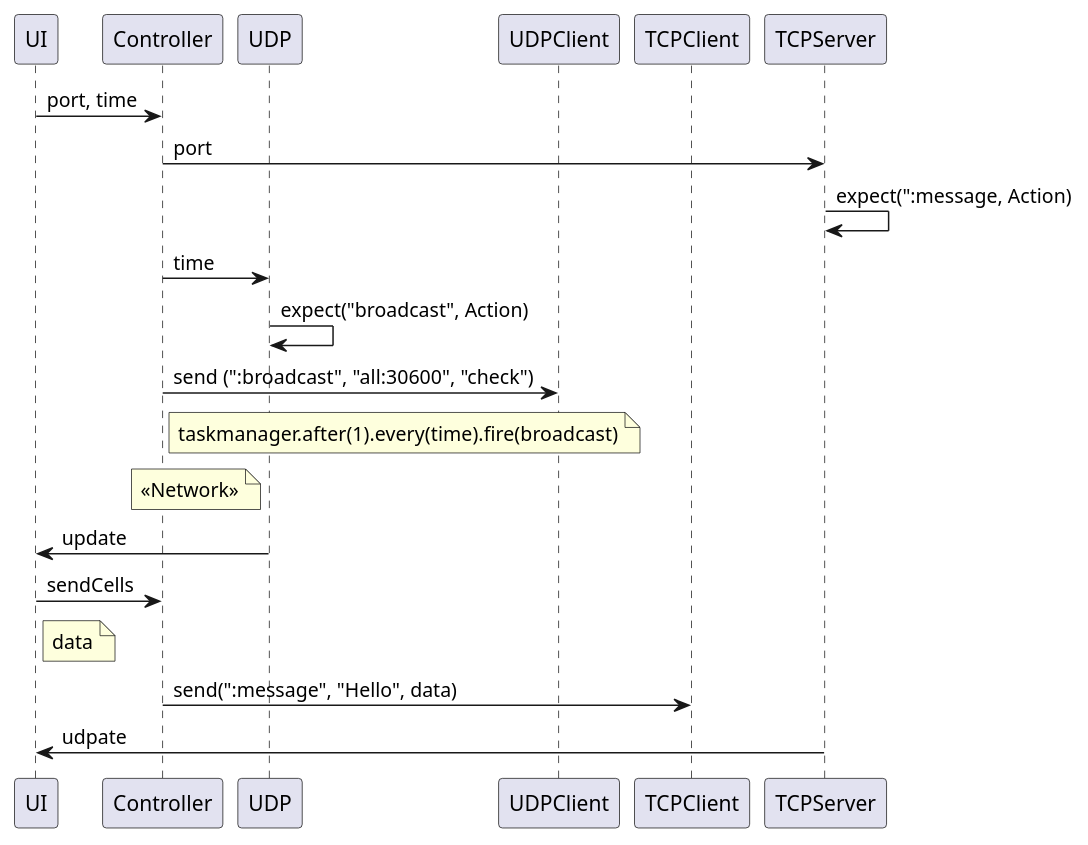
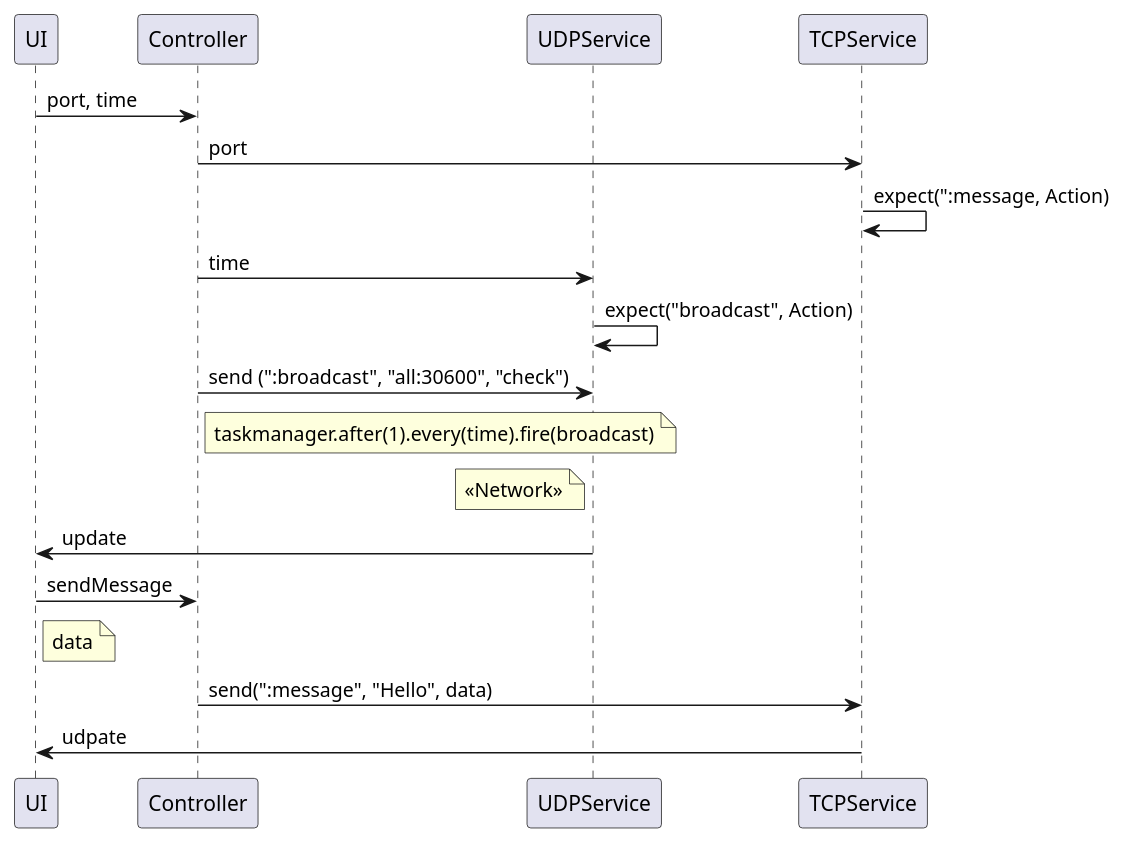
The diagram in src/main/java/csheets/worklog/n1140611/sprint2/ipc_chat_analysis.puml (RubenTeixeira/cleansheets_isep_2dg_2016), drawn with PlantUML before and after one commit.

Commit message:
LPFOURDG-128 #resolve #time 45m #comment Analysis description update on worklog uml diagrams

```diff
--- a/src/main/java/csheets/worklog/n1140611/sprint2/ipc_chat_analysis.puml
+++ b/src/main/java/csheets/worklog/n1140611/sprint2/ipc_chat_analysis.puml
@@ -1,24 +1,22 @@
 @startuml doc-files/ipc_chat_analysis.png
 
 participant "UI" as UI
 participant "Controller" as Control
-participant "UDP" as UDP
-participant "UDPClient" as UDPcli
-participant "TCPClient" as TCPcli
-participant "TCPServer" as TCPserv
+participant "UDPService" as UDPService
+participant "TCPService" as TCPService
 
 UI -> Control : port, time
-Control -> TCPserv : port
-TCPserv -> TCPserv : expect(":message, Action)
-Control -> UDP : time
-UDP -> UDP : expect("broadcast", Action)
-Control -> UDPcli : send (":broadcast", "all:30600", "check")
+Control -> TCPService : port
+TCPService -> TCPService : expect(":message, Action)
+Control -> UDPService : time
+UDPService -> UDPService : expect("broadcast", Action)
+Control -> UDPService : send (":broadcast", "all:30600", "check")
 note right of Control : taskmanager.after(1).every(time).fire(broadcast)
-note left of UDP : <<Network>>
-UI <- UDP : update
-UI -> Control : sendCells
+note left of UDPService : <<Network>>
+UI <- UDPService : update
+UI -> Control : sendMessage
 note right of UI : data
-Control -> TCPcli : send(":message", "Hello", data)
-UI <- TCPserv: udpate
+Control -> TCPService : send(":message", "Hello", data)
+UI <- TCPService: udpate
 
 @enduml
```
